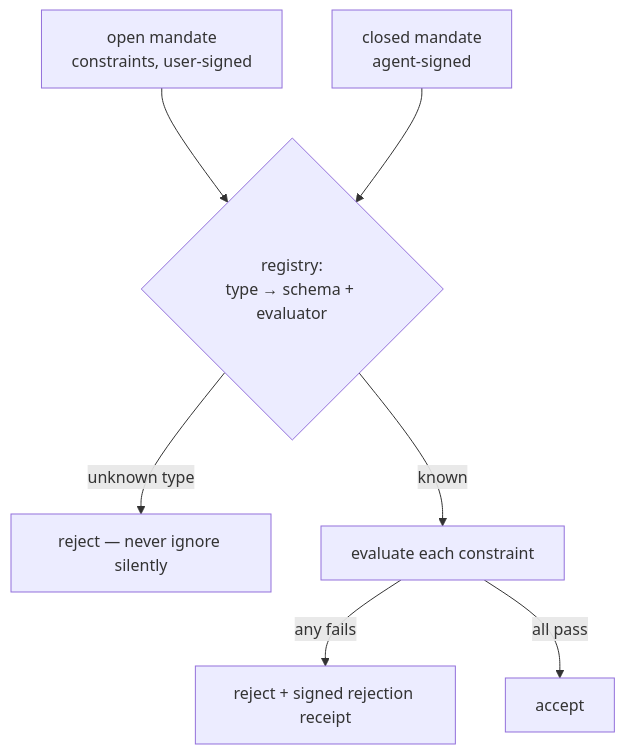
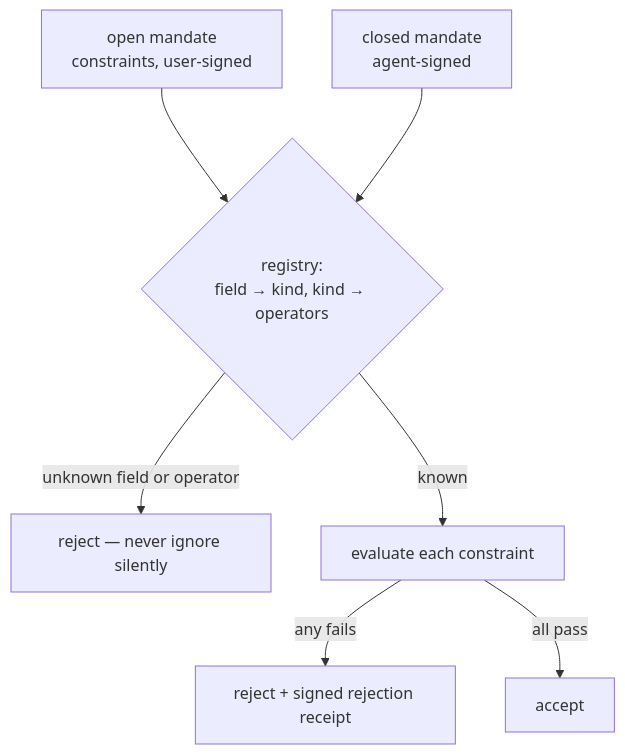
One commit to SkylinePlatform/agentic-payments changed the fifth of 6 diagrams in docs/protocols/ap2.md. Above: the diagram before and after it, drawn with Mermaid. The commit also changed other lines of this file and 6 other files, not shown here.

````diff
--- a/docs/protocols/ap2.md
+++ b/docs/protocols/ap2.md
@@ -604,10 +605,10 @@
 ```mermaid
 flowchart TB
     OM["open mandate<br/>constraints, user-signed"] --> REG
     CM["closed mandate<br/>agent-signed"] --> REG
-    REG{"registry:<br/>type → schema + evaluator"}
-    REG -->|"unknown type"| REJ1["reject — never ignore silently"]
+    REG{"registry:<br/>field → kind, kind → operators"}
+    REG -->|"unknown field or operator"| REJ1["reject — never ignore silently"]
     REG -->|"known"| EV["evaluate each constraint"]
     EV -->|"any fails"| REJ2["reject + signed rejection receipt"]
     EV -->|"all pass"| ACC["accept"]
 ```
````
